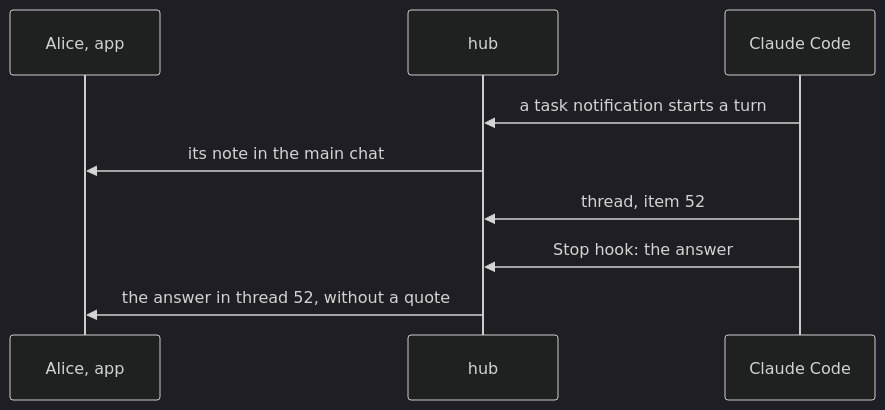
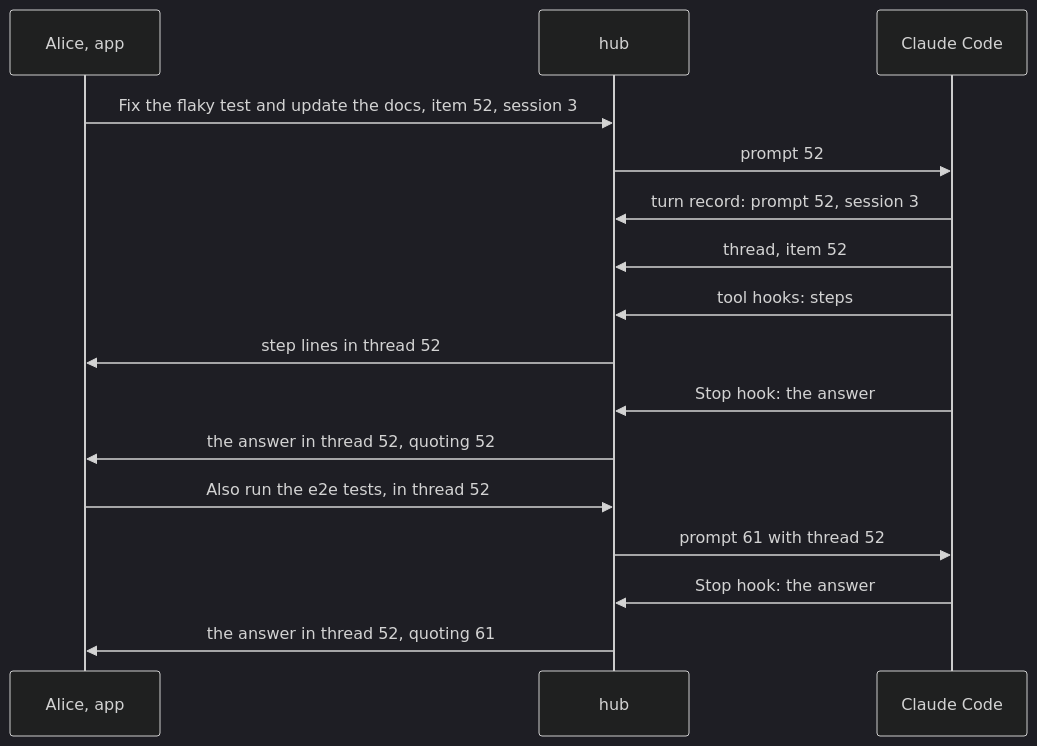
One commit to evgeny-simplex/simplex-chat changed the third of 5 diagrams in plans/2026-11-13-mcp-threads.md. Above: the diagram before and after it, drawn with Mermaid (dark theme). The commit also changed other lines of this file, not shown here.

````diff
--- a/plans/2026-11-13-mcp-threads.md
+++ b/plans/2026-11-13-mcp-threads.md
@@ -162,11 +157,18 @@
 ```mermaid
 sequenceDiagram
   participant A as Alice, app
   participant H as hub
   participant C as Claude Code
-  C->>H: a task notification starts a turn
-  H->>A: its note in the main chat
+  A->>H: Fix the flaky test and update the docs, item 52, session 3
+  H->>C: prompt 52
+  C->>H: turn record: prompt 52, session 3
   C->>H: thread, item 52
+  C->>H: tool hooks: steps
+  H->>A: step lines in thread 52
   C->>H: Stop hook: the answer
-  H->>A: the answer in thread 52, without a quote
+  H->>A: the answer in thread 52, quoting 52
+  A->>H: Also run the e2e tests, in thread 52
+  H->>C: prompt 61 with thread 52
+  C->>H: Stop hook: the answer
+  H->>A: the answer in thread 52, quoting 61
 ```
````
